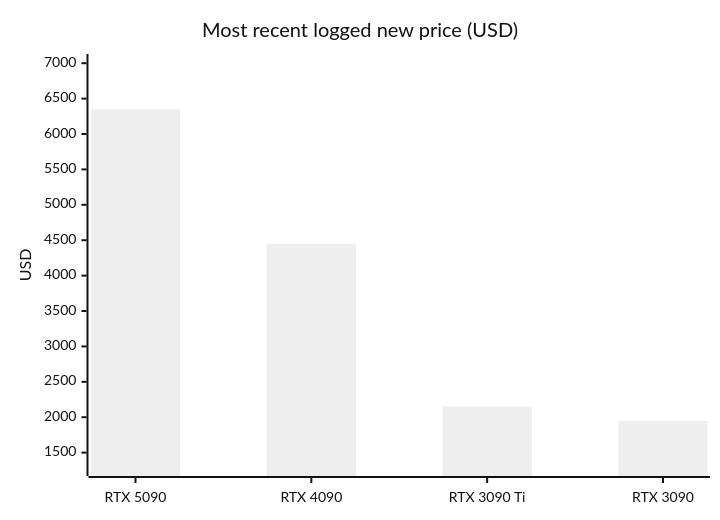
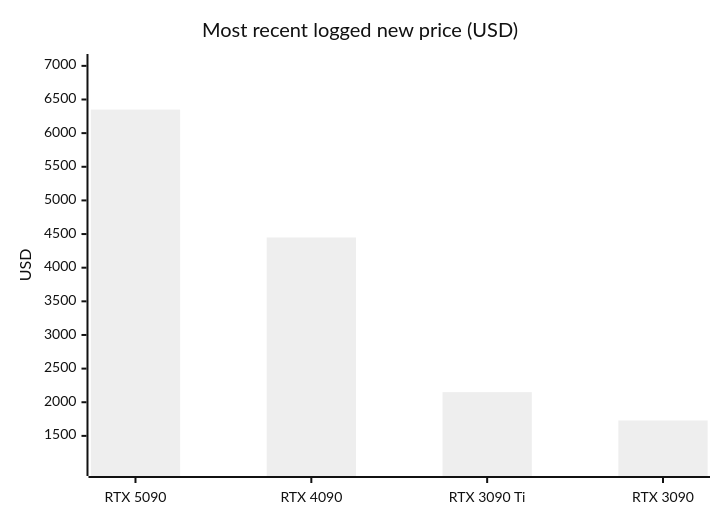
The fifth of 18 diagrams in README.md (7324136828/4tb_ssd_price_watch), drawn with Mermaid (neutral theme) before and after one commit. The commit also changed other lines of this file, not shown here.

````diff
--- a/README.md
+++ b/README.md
@@ -844,7 +905,7 @@
 ```mermaid
 xychart-beta
     title "Most recent logged new price (USD)"
     x-axis ["RTX 5090", "RTX 4090", "RTX 3090 Ti", "RTX 3090"]
-    y-axis "USD" 1290 --> 7010
-    bar [6349.99, 4449.00, 2150.00, 1950.00]
+    y-axis "USD" 1030 --> 7050
+    bar [6349.99, 4449.00, 2150.00, 1729.00]
 ```
````
